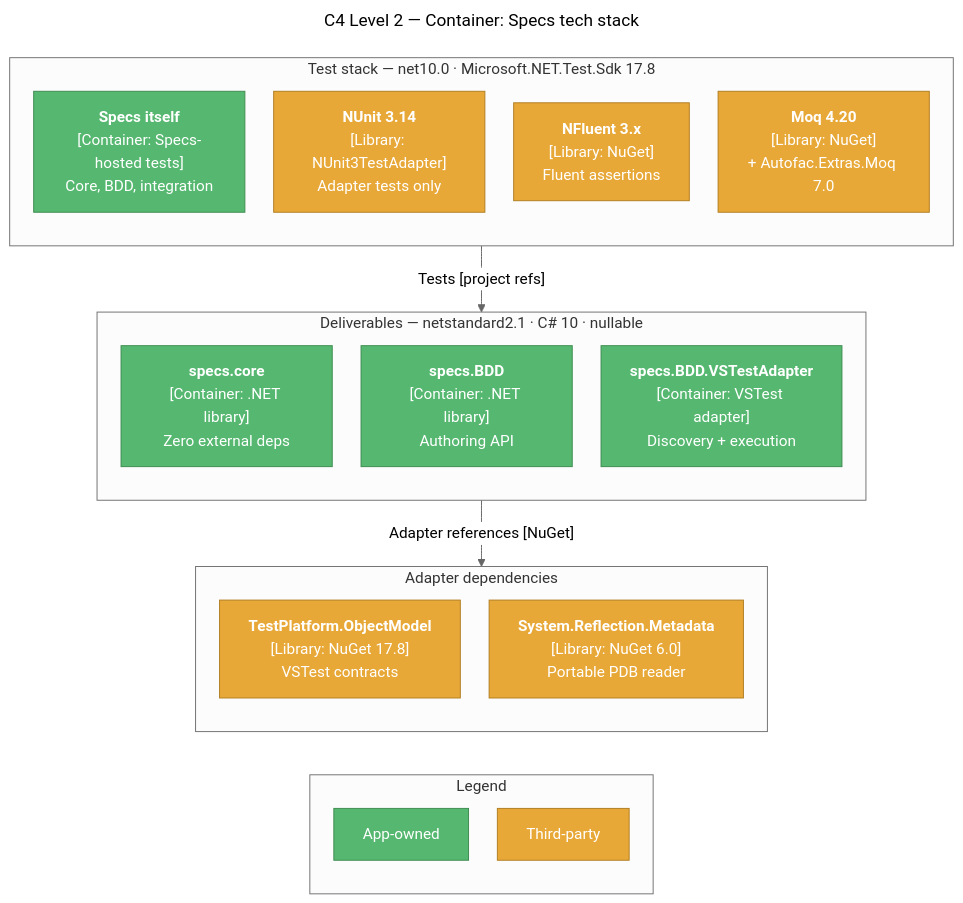
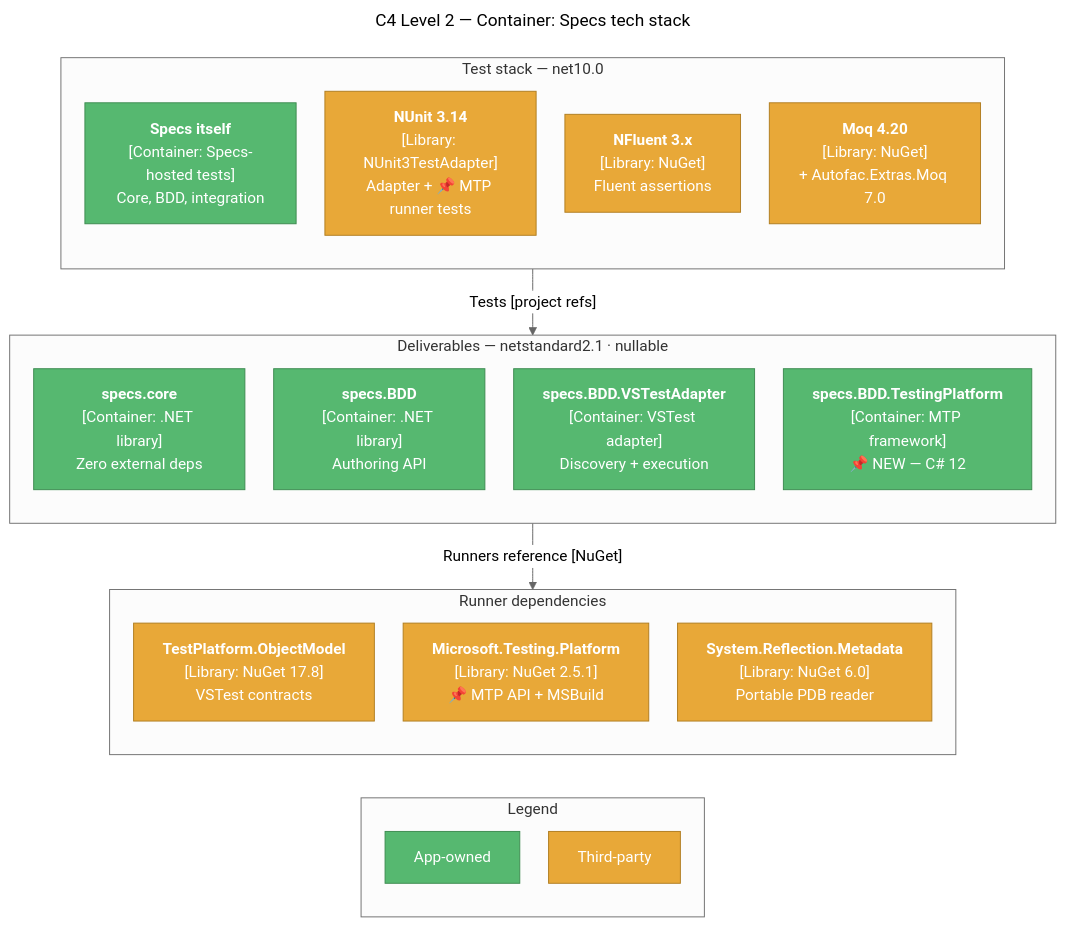
Before and after one commit to yozepi/Specs: the first of 3 diagrams in memory-bank/techContext.md, drawn with Mermaid. The commit also changed other lines of this file and 103 other files, not shown here.

First line of the commit message:
Add Microsoft.Testing.Platform runner for Specs (#3)

````diff
--- a/memory-bank/techContext.md
+++ b/memory-bank/techContext.md
@@ -5,41 +5,43 @@
 ```mermaid
 ---
 title: "C4 Level 2 — Container: Specs tech stack"
 ---
 %%{init: {'theme': 'neutral', 'flowchart': {'nodeSpacing': 30, 'rankSpacing': 45, 'wrappingWidth': 160}}}%%
 flowchart TD
-    subgraph TEST["Test stack — net10.0 · Microsoft.NET.Test.Sdk 17.8"]
+    subgraph TEST["Test stack — net10.0"]
         direction TB
         SELF["<b>Specs itself</b><br/>[Container: Specs-hosted tests]<br/>Core, BDD, integration"]:::app
-        NU["<b>NUnit 3.14</b><br/>[Library: NUnit3TestAdapter]<br/>Adapter tests only"]:::external
+        NU["<b>NUnit 3.14</b><br/>[Library: NUnit3TestAdapter]<br/>Adapter + 📌 MTP runner tests"]:::external
         NF["<b>NFluent 3.x</b><br/>[Library: NuGet]<br/>Fluent assertions"]:::external
         MQ["<b>Moq 4.20</b><br/>[Library: NuGet]<br/>+ Autofac.Extras.Moq 7.0"]:::external
     end
 
-    subgraph DEL["Deliverables — netstandard2.1 · C# 10 · nullable"]
+    subgraph DEL["Deliverables — netstandard2.1 · nullable"]
         direction TB
         CORE["<b>specs.core</b><br/>[Container: .NET library]<br/>Zero external deps"]:::app
         BDD["<b>specs.BDD</b><br/>[Container: .NET library]<br/>Authoring API"]:::app
         ADP["<b>specs.BDD.VSTestAdapter</b><br/>[Container: VSTest adapter]<br/>Discovery + execution"]:::app
+        TP["<b>specs.BDD.TestingPlatform</b><br/>[Container: MTP framework]<br/>📌 NEW — C# 12"]:::app
     end
 
-    subgraph ADEPS["Adapter dependencies"]
+    subgraph ADEPS["Runner dependencies"]
         direction TB
         MTP["<b>TestPlatform.ObjectModel</b><br/>[Library: NuGet 17.8]<br/>VSTest contracts"]:::external
+        MTPF["<b>Microsoft.Testing.Platform</b><br/>[Library: NuGet 2.5.1]<br/>📌 MTP API + MSBuild"]:::external
         SRM["<b>System.Reflection.Metadata</b><br/>[Library: NuGet 6.0]<br/>Portable PDB reader"]:::external
     end
 
     TEST -->|"Tests [project refs]"| DEL
-    DEL -->|"Adapter references [NuGet]"| ADEPS
+    DEL -->|"Runners reference [NuGet]"| ADEPS
 
     subgraph LEGEND["Legend"]
         direction TB
         L1["App-owned"]:::app
         L2["Third-party"]:::external
     end
 
     ADEPS ~~~ LEGEND
 
     classDef app fill:#56B870,stroke:#3D8B50,color:#fff
     classDef external fill:#E8A838,stroke:#B07D20,color:#fff
 ```
````
